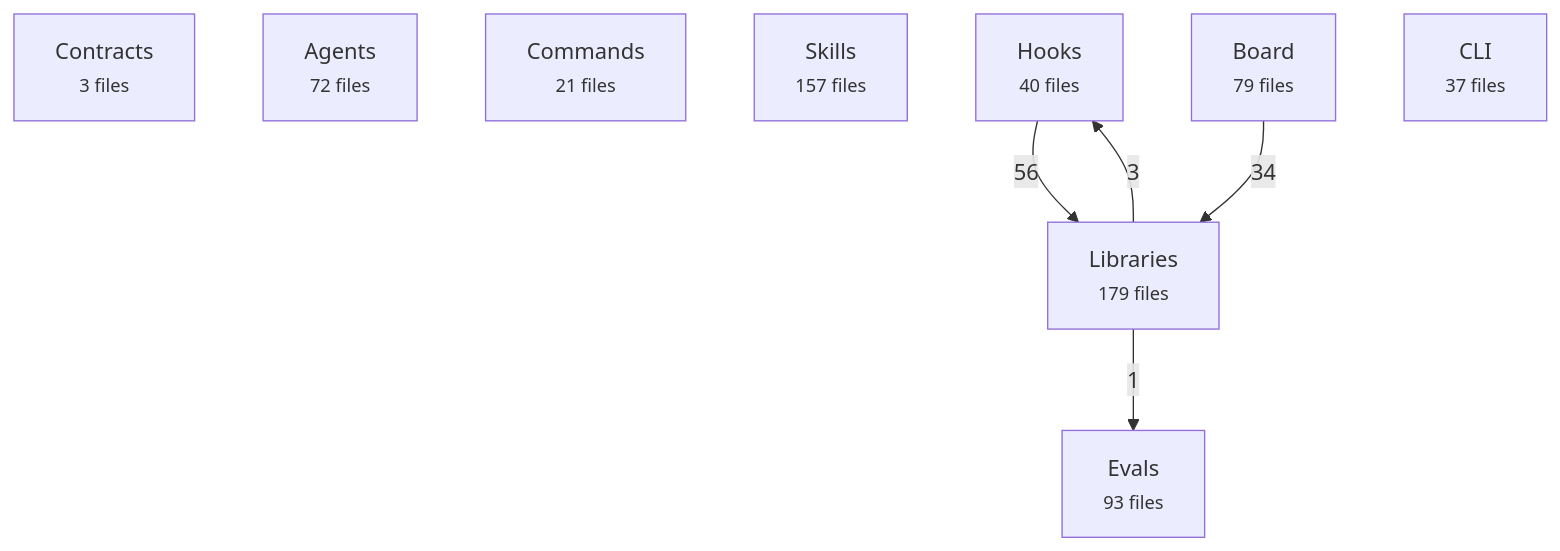
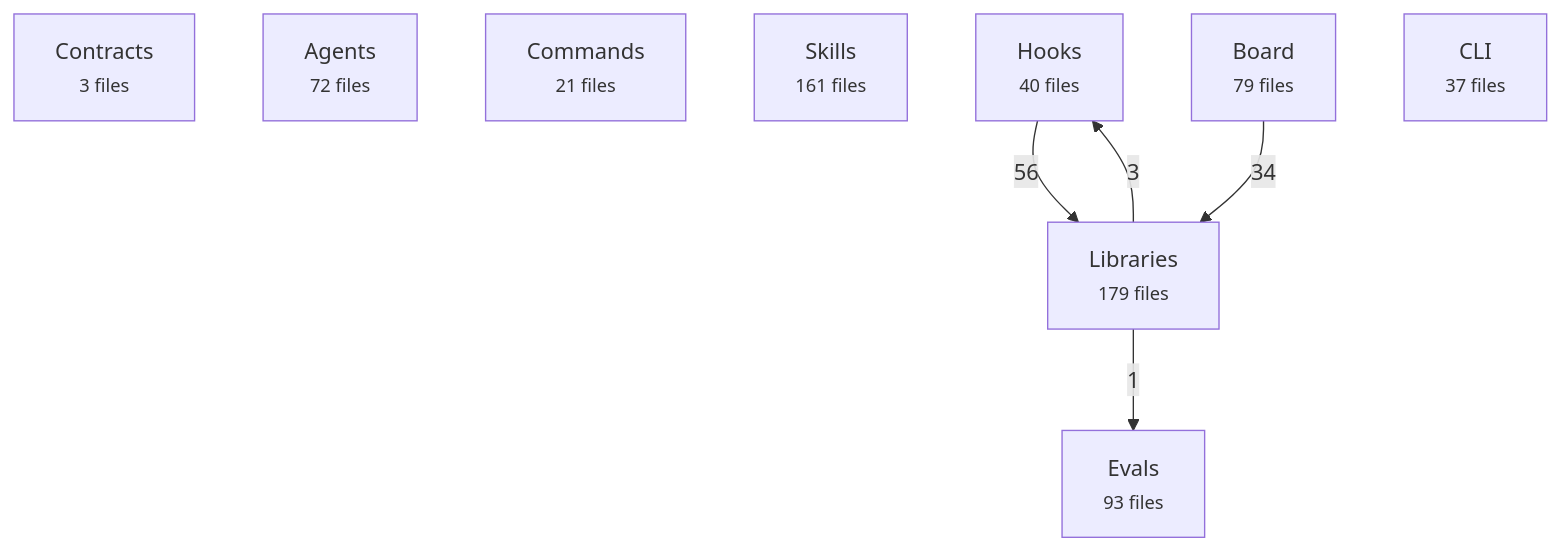
One commit to avelikiy/great_cto changed the first of 2 diagrams in docs/reference/architecture-map.md. Above: the diagram before and after it, drawn with Mermaid. The commit also changed other lines of this file and 5 other files, not shown here.

````diff
--- a/docs/reference/architecture-map.md
+++ b/docs/reference/architecture-map.md
@@ -20,16 +20,16 @@
 ```mermaid
 flowchart TD
   contracts["Contracts<br/><small>3 files</small>"]
   agents["Agents<br/><small>72 files</small>"]
   commands["Commands<br/><small>21 files</small>"]
-  skills["Skills<br/><small>157 files</small>"]
+  skills["Skills<br/><small>161 files</small>"]
   hooks["Hooks<br/><small>40 files</small>"]
   libs["Libraries<br/><small>179 files</small>"]
   board["Board<br/><small>79 files</small>"]
   cli["CLI<br/><small>37 files</small>"]
   evals["Evals<br/><small>93 files</small>"]
   hooks -->|56| libs
   board -->|34| libs
   libs -->|3| hooks
   libs -->|1| evals
 ```
````
